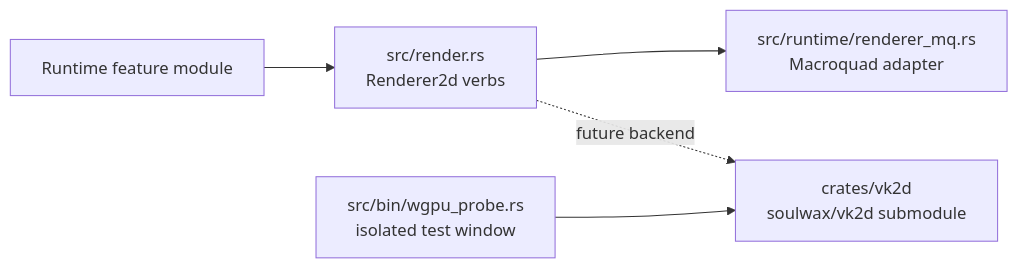
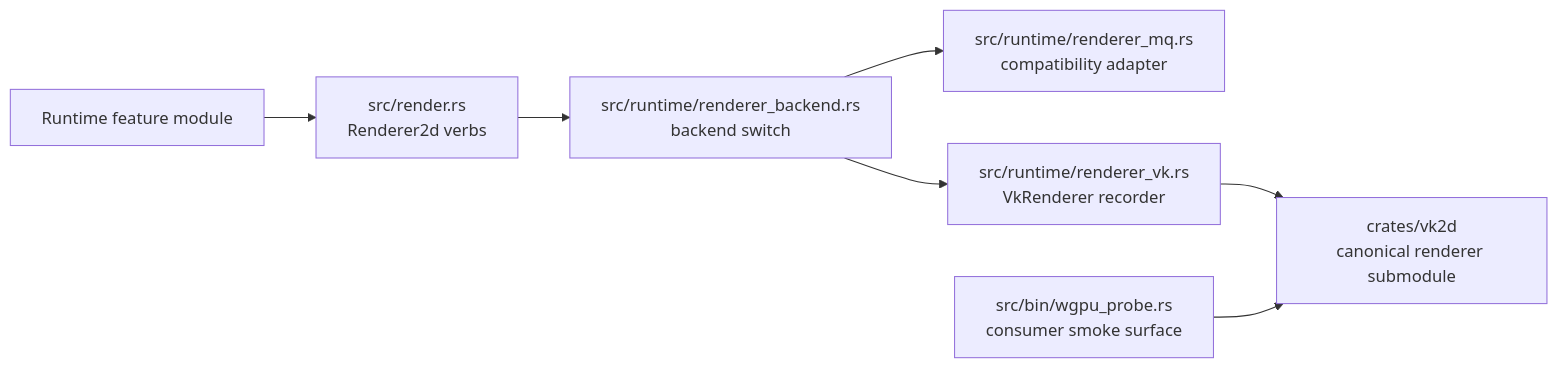
One commit to soulwax/EchoWiki changed the fourth of 7 diagrams in src/content/docs/pages/architecture/rendering-and-ui.md. Above: the diagram before and after it, drawn with Mermaid. The commit also changed other lines of this file and 17 other files, not shown here.

Commit message:
docs: establish vk2d as canonical renderer

````diff
--- a/src/content/docs/pages/architecture/rendering-and-ui.md
+++ b/src/content/docs/pages/architecture/rendering-and-ui.md
@@ -75,13 +75,16 @@
 ```mermaid
 flowchart LR
     feature[Runtime feature module]
     neutral[src/render.rs<br/>Renderer2d verbs]
-    mq[src/runtime/renderer_mq.rs<br/>Macroquad adapter]
-    vk[crates/vk2d<br/>soulwax/vk2d submodule]
-    probe[src/bin/wgpu_probe.rs<br/>isolated test window]
+    backend[src/runtime/renderer_backend.rs<br/>backend switch]
+    mq[src/runtime/renderer_mq.rs<br/>compatibility adapter]
+    vk[src/runtime/renderer_vk.rs<br/>VkRenderer recorder]
+    crate[crates/vk2d<br/>canonical renderer submodule]
+    probe[src/bin/wgpu_probe.rs<br/>consumer smoke surface]
 
     feature --> neutral
-    neutral --> mq
-    neutral -. future backend .-> vk
-    probe --> vk
+    neutral --> backend
+    backend --> mq
+    backend --> vk --> crate
+    probe --> crate
 ```
````
